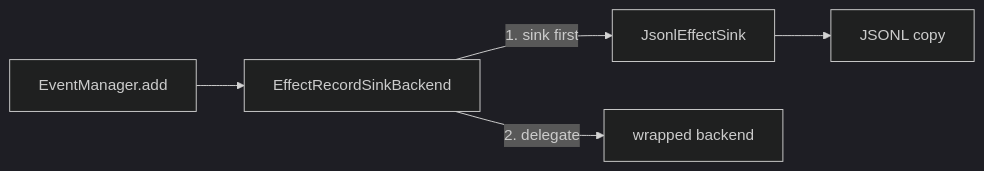
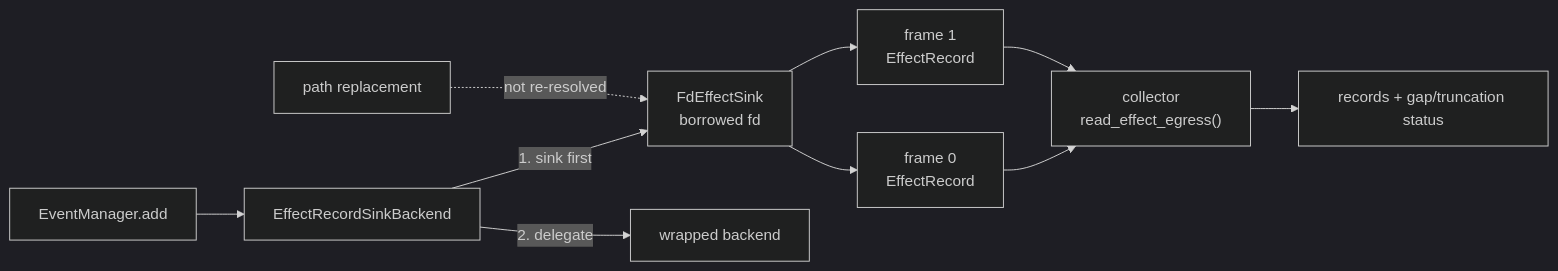
The diagram in README.md (nirosen/labs-OO-Agents), drawn with Mermaid (dark theme) before and after one commit. The commit also changed other lines of this file and 3 other files, not shown here.

Commit message:
Add bounded descriptor-backed effect egress

````diff
--- a/README.md
+++ b/README.md
@@ -71,7 +71,13 @@
 ```mermaid
 flowchart LR
     A["EventManager.add"] --> B["EffectRecordSinkBackend"]
-    B -->|1. sink first| C["JsonlEffectSink"]
-    C --> D["JSONL copy"]
-    B -->|2. delegate| E["wrapped backend"]
+    B -->|1. sink first| C["FdEffectSink<br/>borrowed fd"]
+    C --> D["frame 0<br/>EffectRecord"]
+    C --> E["frame 1<br/>EffectRecord"]
+    D --> F["collector<br/>read_effect_egress()"]
+    E --> F
+    F --> G["records + gap/truncation status"]
+    B -->|2. delegate| H["wrapped backend"]
+
+    I["path replacement"] -. "not re-resolved" .-> C
 ```
````
